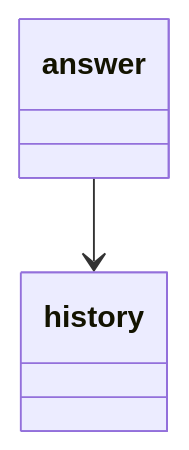
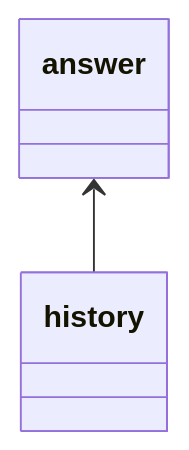
Before and after one commit to TheGreatShan/GPT-Cli: the third of 3 diagrams in readme.md, drawn with Mermaid. The commit also changed other lines of this file, not shown here.

Commit message:
:memo: packages have new dependencies

````diff
--- a/readme.md
+++ b/readme.md
@@ -69,7 +69,7 @@
 ```mermaid
 classDiagram
   class answer
   class history
 
-  answer --> history
+  answer <-- history
 ```
````
